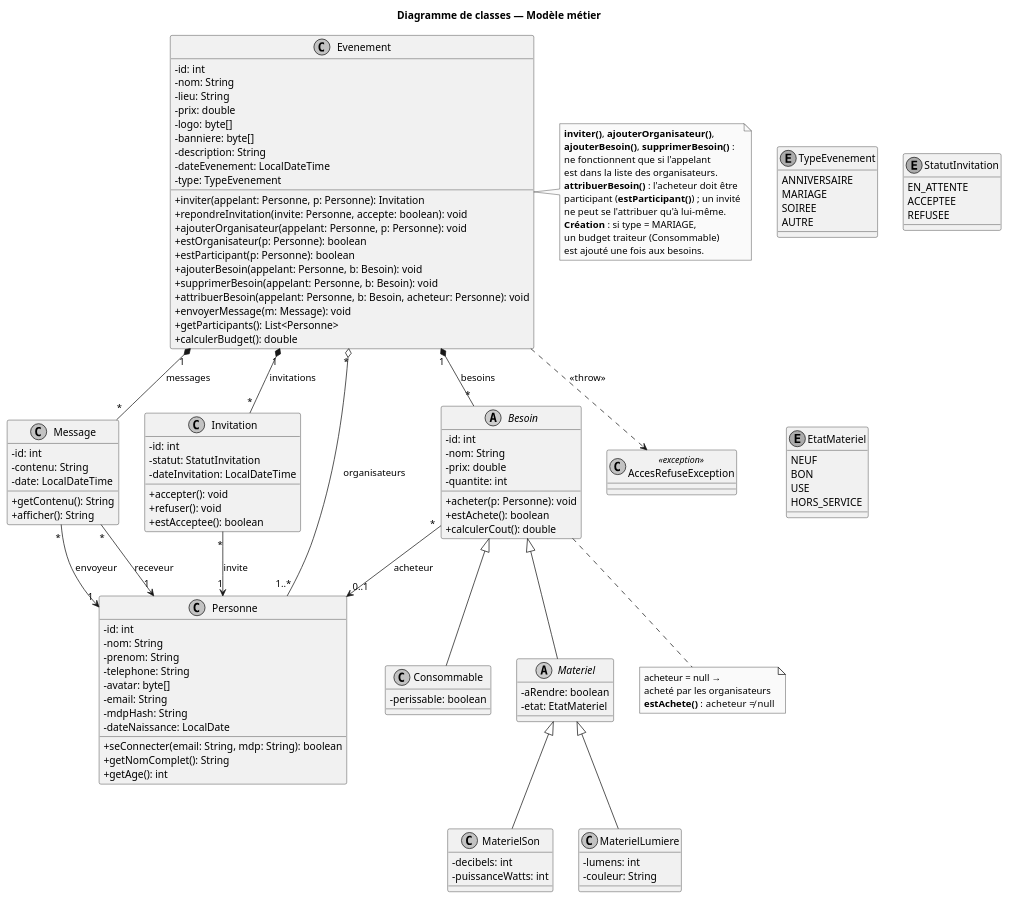
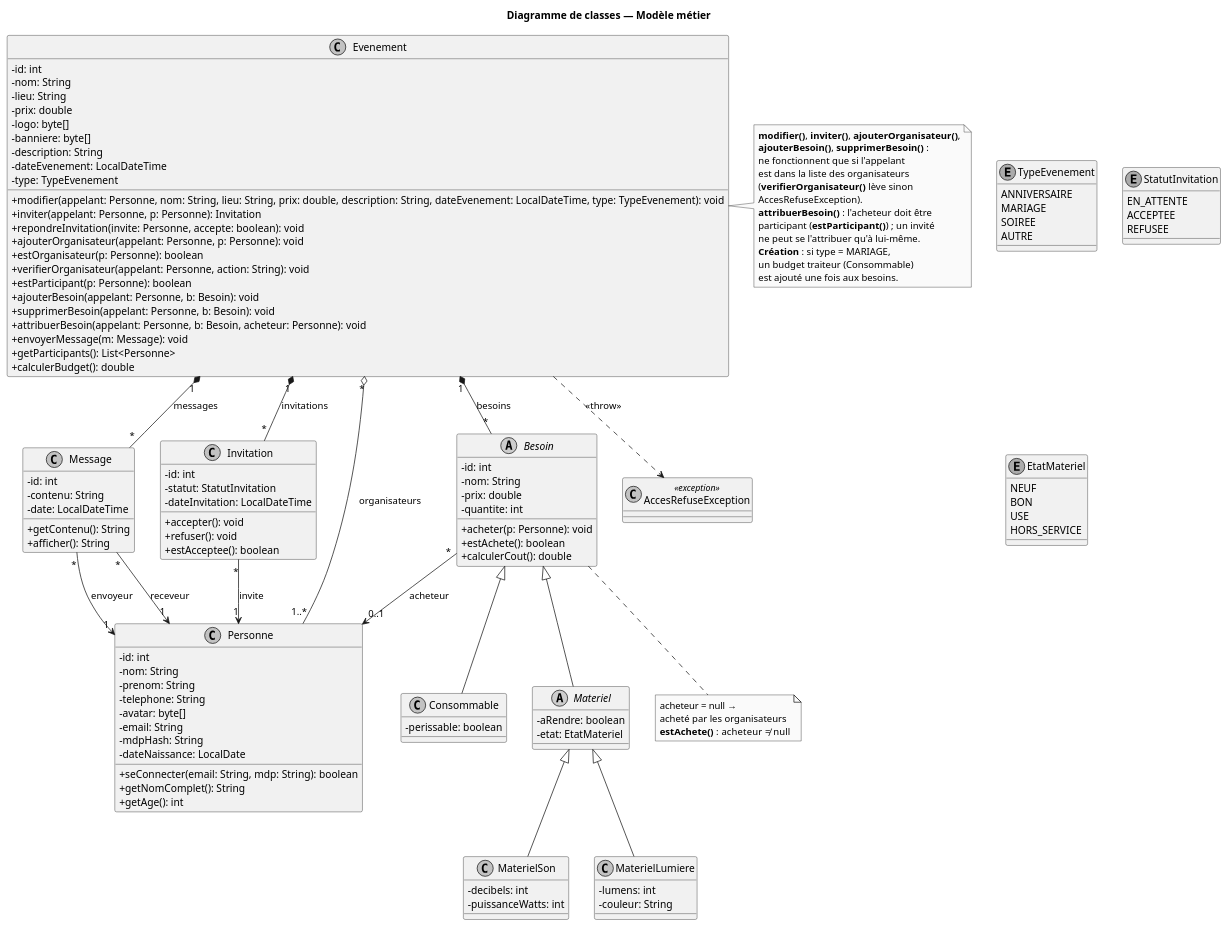
Before and after one commit to Tactiis239/gestion-event: the diagram in doc/uml/classes.puml, drawn with PlantUML. The commit also changed 2 other files, not shown here.

Commit message:
feat(uml): update class diagram and cahier des charges with new methods and clarifications

```diff
--- a/doc/uml/classes.puml
+++ b/doc/uml/classes.puml
@@ -1,148 +1,152 @@
 @startuml classes
 skinparam shadowing false
 skinparam monochrome true
 skinparam defaultFontName Helvetica
 skinparam classAttributeIconSize 0
 
 title Diagramme de classes — Modèle métier
 
 class Evenement {
   -id: int
   -nom: String
   -lieu: String
   -prix: double
   -logo: byte[]
   -banniere: byte[]
   -description: String
   -dateEvenement: LocalDateTime
   -type: TypeEvenement
+  +modifier(appelant: Personne, nom: String, lieu: String, prix: double, description: String, dateEvenement: LocalDateTime, type: TypeEvenement): void
   +inviter(appelant: Personne, p: Personne): Invitation
   +repondreInvitation(invite: Personne, accepte: boolean): void
   +ajouterOrganisateur(appelant: Personne, p: Personne): void
   +estOrganisateur(p: Personne): boolean
+  +verifierOrganisateur(appelant: Personne, action: String): void
   +estParticipant(p: Personne): boolean
   +ajouterBesoin(appelant: Personne, b: Besoin): void
   +supprimerBesoin(appelant: Personne, b: Besoin): void
   +attribuerBesoin(appelant: Personne, b: Besoin, acheteur: Personne): void
   +envoyerMessage(m: Message): void
   +getParticipants(): List<Personne>
   +calculerBudget(): double
 }
 
 enum TypeEvenement {
   ANNIVERSAIRE
   MARIAGE
   SOIREE
   AUTRE
 }
 
 class Message {
   -id: int
   -contenu: String
   -date: LocalDateTime
   +getContenu(): String
   +afficher(): String
 }
 
 class Invitation {
   -id: int
   -statut: StatutInvitation
   -dateInvitation: LocalDateTime
   +accepter(): void
   +refuser(): void
   +estAcceptee(): boolean
 }
 
 enum StatutInvitation {
   EN_ATTENTE
   ACCEPTEE
   REFUSEE
 }
 
 enum EtatMateriel {
   NEUF
   BON
   USE
   HORS_SERVICE
 }
 
 abstract class Besoin {
   -id: int
   -nom: String
   -prix: double
   -quantite: int
   +acheter(p: Personne): void
   +estAchete(): boolean
   +calculerCout(): double
 }
 
 class Consommable {
   -perissable: boolean
 }
 
 abstract class Materiel {
   -aRendre: boolean
   -etat: EtatMateriel
 }
 
 class MaterielSon {
   -decibels: int
   -puissanceWatts: int
 }
 
 class MaterielLumiere {
   -lumens: int
   -couleur: String
 }
 
 class Personne {
   -id: int
   -nom: String
   -prenom: String
   -telephone: String
   -avatar: byte[]
   -email: String
   -mdpHash: String
   -dateNaissance: LocalDate
   +seConnecter(email: String, mdp: String): boolean
   +getNomComplet(): String
   +getAge(): int
 }
 
 class AccesRefuseException <<exception>> {
 }
 
 Evenement "*" o-- "1..*" Personne : organisateurs
 Evenement "1" *-- "*" Invitation : invitations
 Evenement "1" *-- "*" Besoin : besoins
 Evenement "1" *-- "*" Message : messages
 
 Message "*" --> "1" Personne : envoyeur
 Message "*" --> "1" Personne : receveur
 Invitation "*" --> "1" Personne : invite
 Besoin "*" --> "0..1" Personne : acheteur
 
 Besoin <|-- Consommable
 Besoin <|-- Materiel
 Materiel <|-- MaterielSon
 Materiel <|-- MaterielLumiere
 
 Evenement ..> AccesRefuseException : <<throw>>
 
 note right of Evenement
-  **inviter()**, **ajouterOrganisateur()**,
+  **modifier()**, **inviter()**, **ajouterOrganisateur()**,
   **ajouterBesoin()**, **supprimerBesoin()** :
   ne fonctionnent que si l'appelant
-  est dans la liste des organisateurs.
+  est dans la liste des organisateurs
+  (**verifierOrganisateur()** lève sinon
+  AccesRefuseException).
   **attribuerBesoin()** : l'acheteur doit être
   participant (**estParticipant()**) ; un invité
   ne peut se l'attribuer qu'à lui-même.
   **Création** : si type = MARIAGE,
   un budget traiteur (Consommable)
   est ajouté une fois aux besoins.
 end note
 
 note "acheteur = null →\nacheté par les organisateurs\n**estAchete()** : acheteur ≠ null" as N2
 Besoin .. N2
 
 @enduml
```
